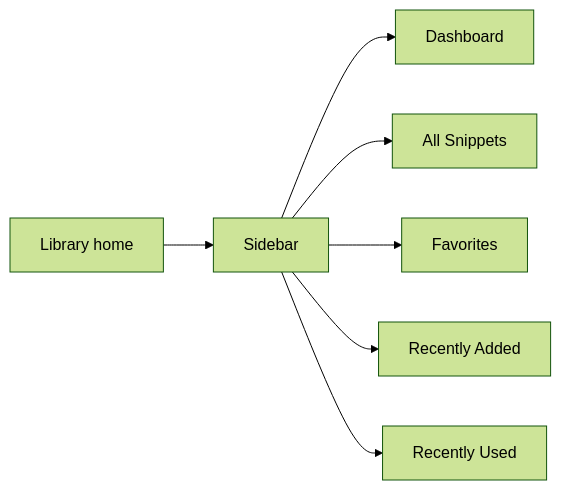
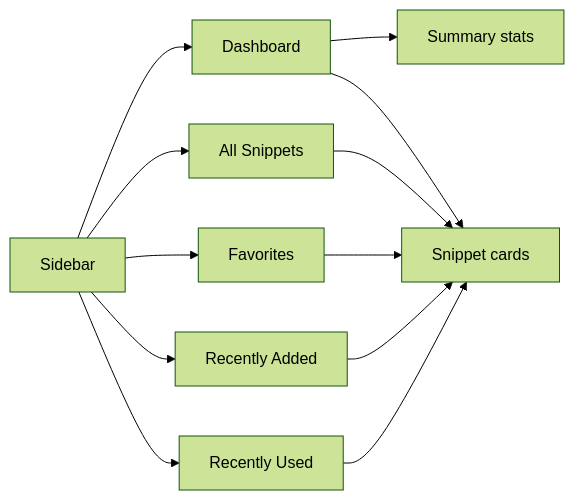
Before and after one commit to Mohita111/API2: the first of 3 diagrams in api2-documentation/plan_2026-11-02_f8890e/user-facing-docs/snippet-library.md, drawn with Mermaid (forest theme). The commit also changed other lines of this file and 13 other files, not shown here.

````diff
--- a/api2-documentation/plan_2026-11-02_f8890e/user-facing-docs/snippet-library.md
+++ b/api2-documentation/plan_2026-11-02_f8890e/user-facing-docs/snippet-library.md
@@ -73,9 +44,14 @@
 ```mermaid
 graph LR
-  Home[Library home] --> Sidebar
-  Sidebar --> Dashboard
-  Sidebar --> All[All Snippets]
-  Sidebar --> Favorites
-  Sidebar --> Recent[Recently Added]
-  Sidebar --> Used[Recently Used]
+    Sidebar --> Dashboard
+    Sidebar --> All["All Snippets"]
+    Sidebar --> Favorites
+    Sidebar --> Recent["Recently Added"]
+    Sidebar --> Used["Recently Used"]
+    All --> Cards["Snippet cards"]
+    Favorites --> Cards
+    Recent --> Cards
+    Used --> Cards
+    Dashboard --> Stats["Summary stats"]
+    Dashboard --> Cards
 ```
````
